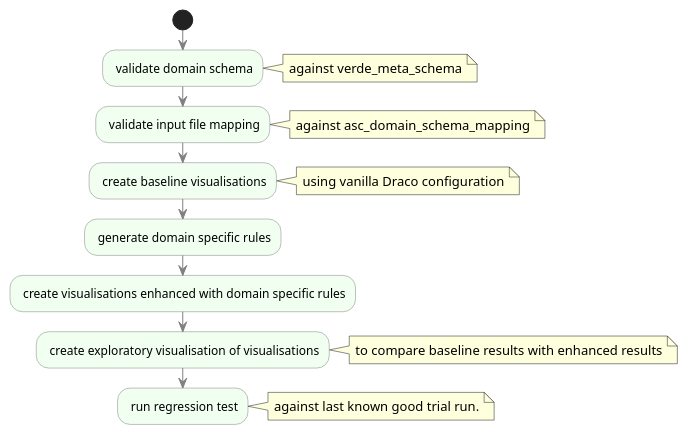
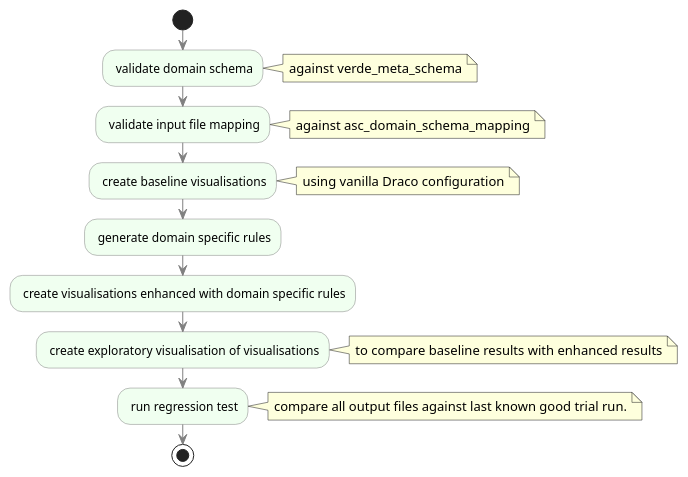
The diagram in docs/uml/framework_activity.puml (trubens71/verde), drawn with PlantUML before and after one commit. The commit also changed 517 other files, not shown here.

Commit message:
added all output files

```diff
--- a/docs/uml/framework_activity.puml
+++ b/docs/uml/framework_activity.puml
@@ -1,24 +1,24 @@
 @startuml
 
 skinparam ActivityBackgroundColor honeydew
 skinparam ActivityDiamondBackgroundColor honeydew
 skinparam ActivityBorderColor gray
 skinparam ActivityDiamondBorderColor gray
 skinparam ArrowColor gray
 
 start
 : validate domain schema;
 note right: against verde_meta_schema
 : validate input file mapping;
 note right: against asc_domain_schema_mapping
 : create baseline visualisations;
 note right: using vanilla Draco configuration
 : generate domain specific rules;
 : create visualisations enhanced with domain specific rules;
 : create exploratory visualisation of visualisations;
 note right: to compare baseline results with enhanced results
 : run regression test;
-note right: against last known good trial run.
-
+note right: compare all output files against last known good trial run.
+stop
 
 @enduml
```
